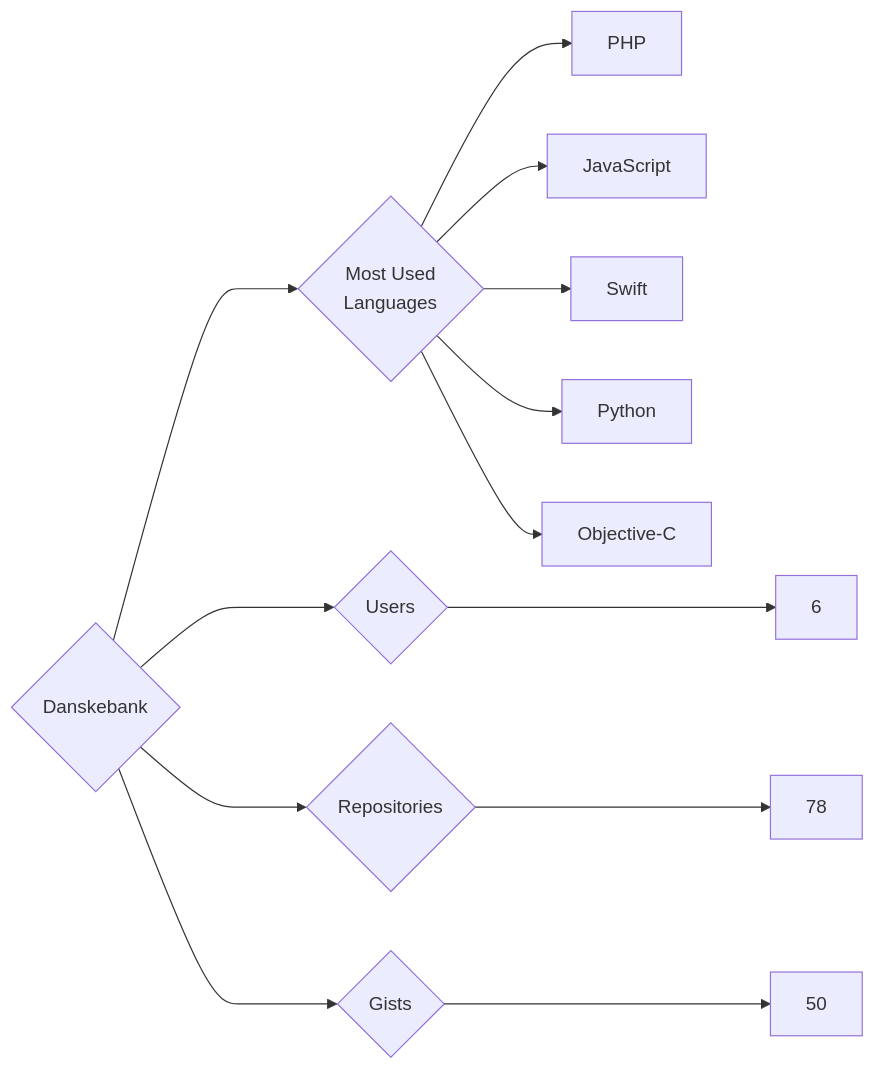
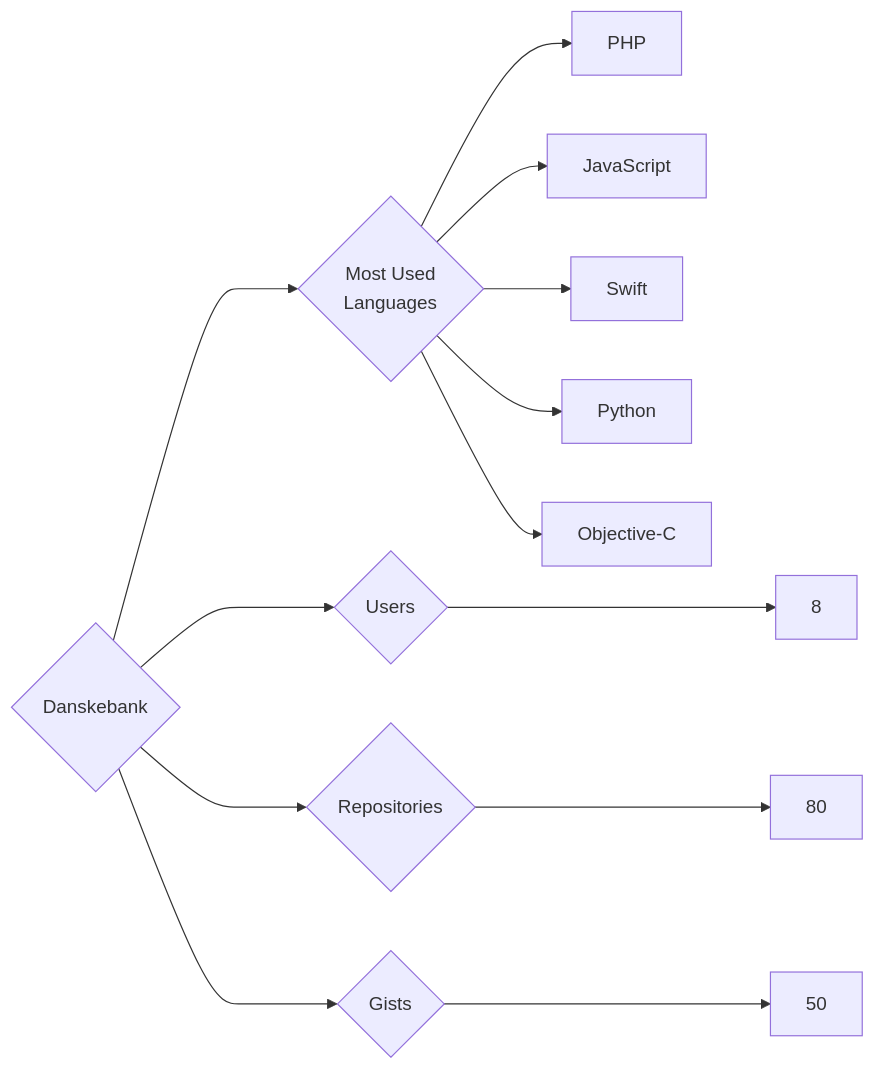
One commit to trickest/insiders changed the diagram in targets/Danskebank/README.md. Above: the diagram before and after it, drawn with Mermaid. The commit also changed 927 other files, not shown here.

````diff
--- a/targets/Danskebank/README.md
+++ b/targets/Danskebank/README.md
@@ -3,13 +3,13 @@
 ```mermaid
 graph LR
 COMPANY_NAME{Danskebank}
-COMPANY_NAME ---> U{Users} ---> UN[6]
-COMPANY_NAME ---> R{Repositories} ---> RN[78]
+COMPANY_NAME ---> U{Users} ---> UN[8]
+COMPANY_NAME ---> R{Repositories} ---> RN[80]
 COMPANY_NAME ---> G{Gists} ---> GN[50]
 COMPANY_NAME ---> ML{Most Used<br>Languages}
 ML --> PHP[PHP]
 ML --> JavaScript[JavaScript]
 ML --> Swift[Swift]
 ML --> Python[Python]
 ML --> Objective-C[Objective-C]
 ```
````
